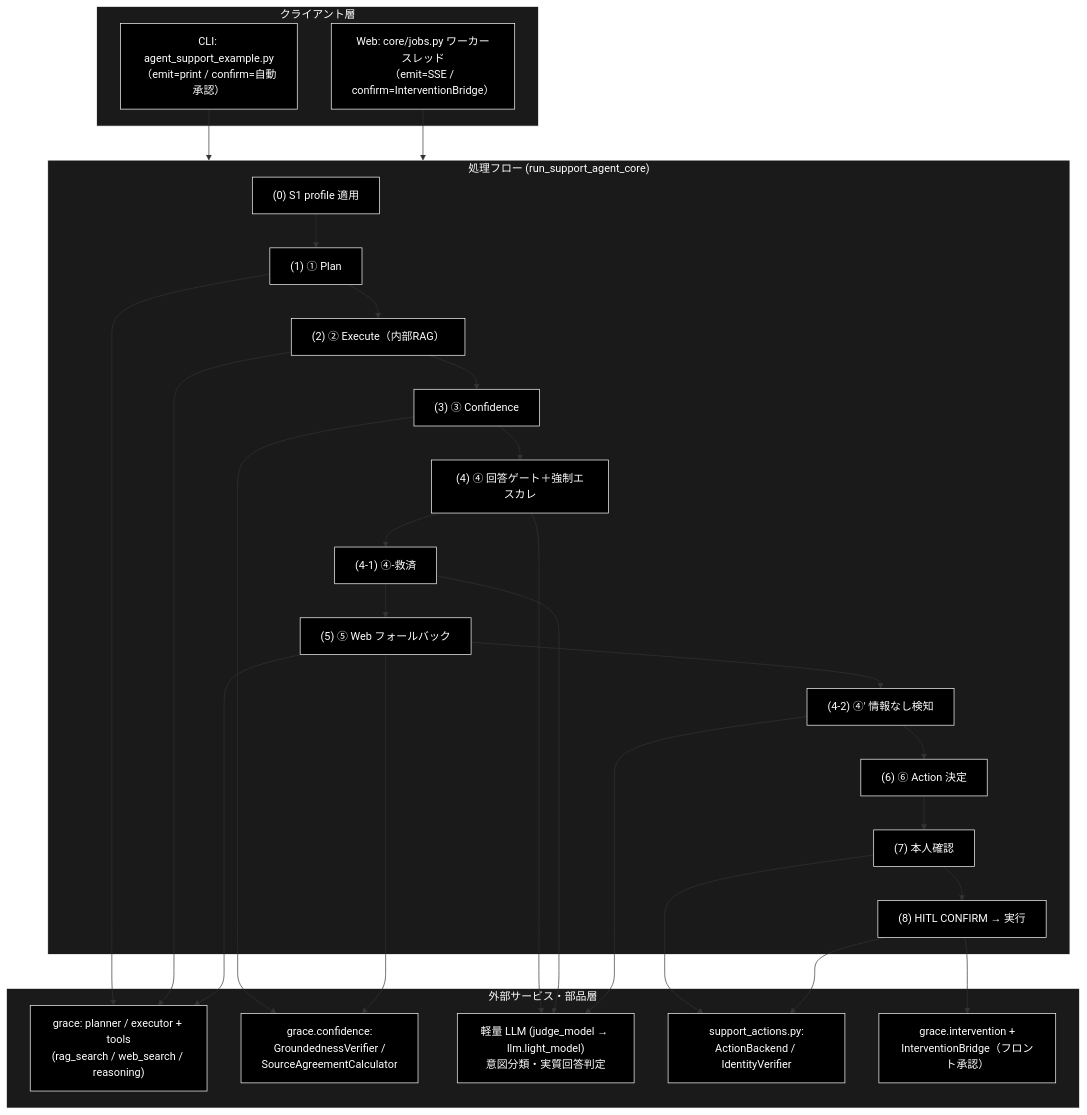
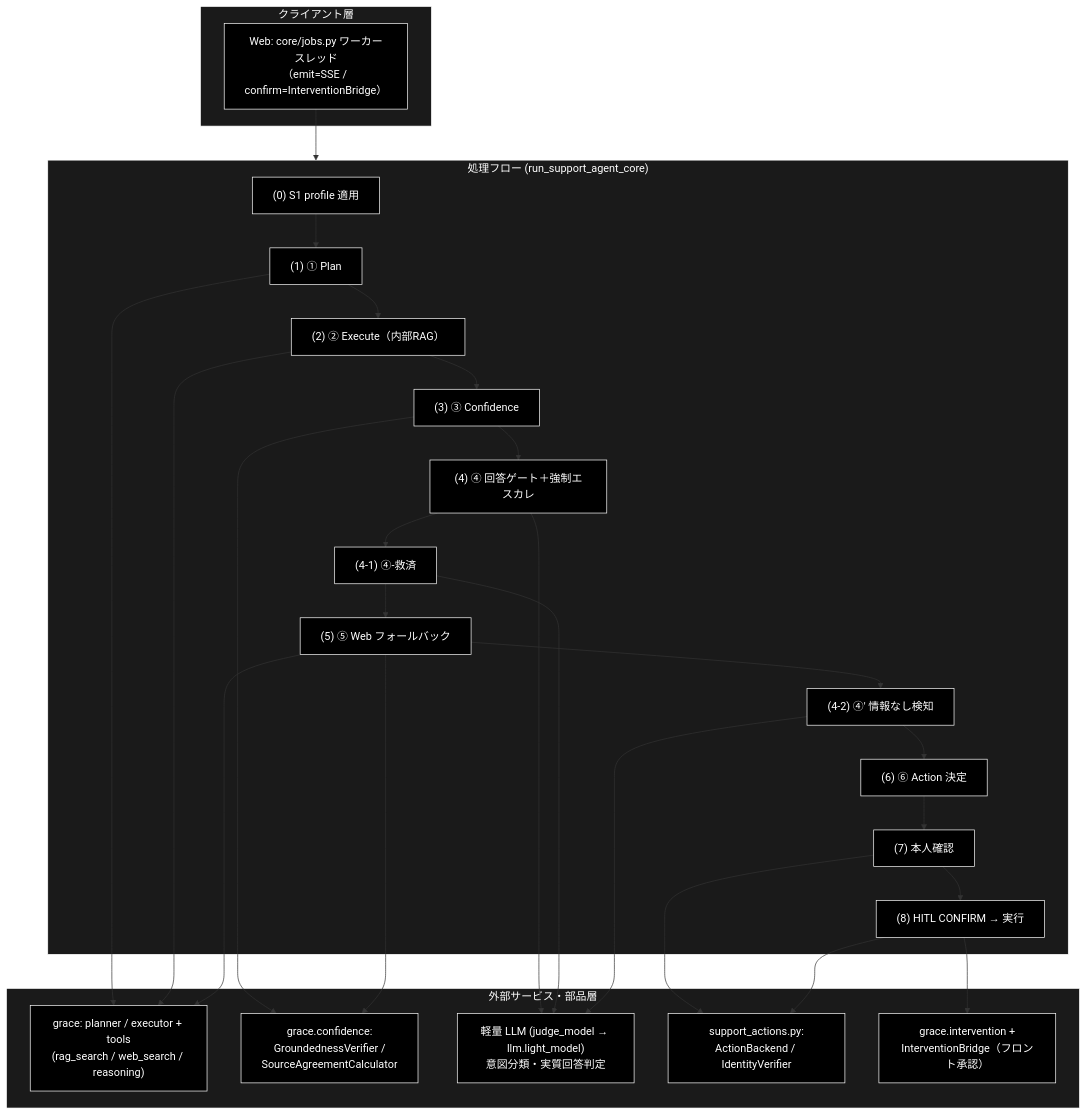
The first of 7 diagrams in backend/docs/support_flow.md (nakashima2toshio/grace_v2_local), drawn with Mermaid before and after one commit. The commit also changed other lines of this file and 61 other files, not shown here.

````diff
--- a/backend/docs/support_flow.md
+++ b/backend/docs/support_flow.md
@@ -105,50 +105,48 @@
 ```mermaid
 flowchart TB
     subgraph CLIENT["クライアント層"]
-        CLI["CLI: agent_support_example.py<br>（emit=print / confirm=自動承認）"]
         WEB["Web: core/jobs.py ワーカースレッド<br>（emit=SSE / confirm=InterventionBridge）"]
     end
 
     subgraph FLOW["処理フロー (run_support_agent_core)"]
         S0["(0) S1 profile 適用"]
         S1["(1) ① Plan"]
         S2["(2) ② Execute（内部RAG）"]
         S3["(3) ③ Confidence"]
         S4["(4) ④ 回答ゲート＋強制エスカレ"]
         S41["(4-1) ④-救済"]
         S5["(5) ⑤ Web フォールバック"]
         S42["(4-2) ④' 情報なし検知"]
         S6["(6) ⑥ Action 決定"]
         S7["(7) 本人確認"]
         S8["(8) HITL CONFIRM → 実行"]
     end
 
     subgraph EXTERNAL["外部サービス・部品層"]
         GRACE["grace: planner / executor + tools<br>(rag_search / web_search / reasoning)"]
         CONF["grace.confidence:<br>GroundednessVerifier /<br>SourceAgreementCalculator"]
         JUDGE["軽量 LLM (judge_model → llm.light_model)<br>意図分類・実質回答判定"]
         ACT["support_actions.py:<br>ActionBackend / IdentityVerifier"]
         HITL["grace.intervention +<br>InterventionBridge（フロント承認）"]
     end
 
-    CLI --> FLOW
     WEB --> FLOW
     S0 --> S1 --> S2 --> S3 --> S4 --> S41 --> S5 --> S42 --> S6 --> S7 --> S8
     S1 --> GRACE
     S2 --> GRACE
     S3 --> CONF
     S4 --> JUDGE
     S41 --> JUDGE
     S42 --> JUDGE
     S5 --> GRACE
     S5 --> CONF
     S7 --> ACT
     S8 --> HITL
     S8 --> ACT
 classDef default fill:#000,stroke:#fff,color:#fff
 classDef subgraphStyle fill:#1a1a1a,stroke:#fff,color:#fff
-class CLI,WEB,S0,S1,S2,S3,S4,S41,S5,S42,S6,S7,S8,GRACE,CONF,JUDGE,ACT,HITL default
+class WEB,S0,S1,S2,S3,S4,S41,S5,S42,S6,S7,S8,GRACE,CONF,JUDGE,ACT,HITL default
 style CLIENT fill:#1a1a1a,stroke:#fff,color:#fff
 style FLOW fill:#1a1a1a,stroke:#fff,color:#fff
 style EXTERNAL fill:#1a1a1a,stroke:#fff,color:#fff
 ```
````
